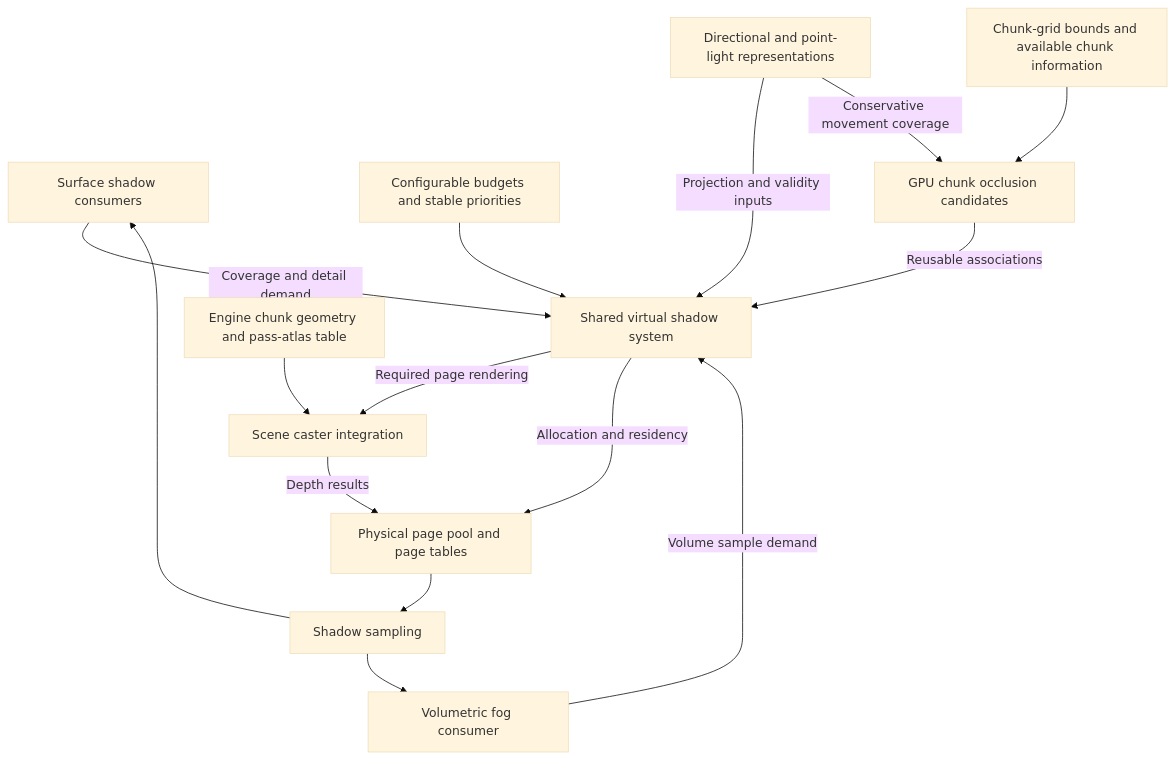
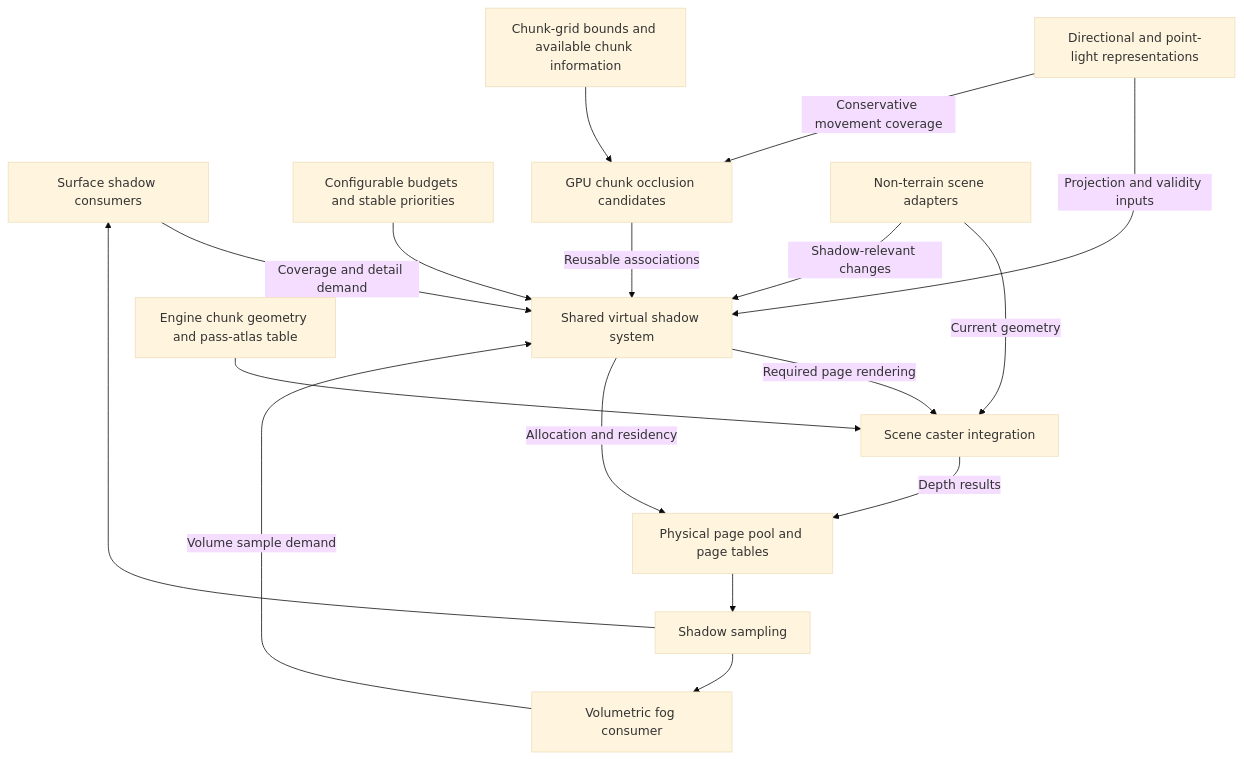
One commit to dsisco11/VanillaGraphicsExpanded changed the diagram in docs/Rendering.VirtualShadowMaps.Proposal.md. Above: the diagram before and after it, drawn with Mermaid (base theme). The commit also changed other lines of this file, not shown here.

````diff
--- a/docs/Rendering.VirtualShadowMaps.Proposal.md
+++ b/docs/Rendering.VirtualShadowMaps.Proposal.md
@@ -238,17 +242,19 @@
 ```mermaid
 flowchart TD
     Surfaces[Surface shadow consumers] -->|Coverage and detail demand| Shared[Shared virtual shadow system]
     Fog[Volumetric fog consumer] -->|Volume sample demand| Shared
     Lights[Directional and point-light representations] -->|Projection and validity inputs| Shared
     Policy[Configurable budgets and stable priorities] --> Shared
     Chunks[Chunk-grid bounds and available chunk information] --> Candidates[GPU chunk occlusion candidates]
     Lights -->|Conservative movement coverage| Candidates
     Candidates -->|Reusable associations| Shared
     Shared -->|Required page rendering| Casters[Scene caster integration]
     Engine[Engine chunk geometry and pass-atlas table] --> Casters
+    Scene[Non-terrain scene adapters] -->|Current geometry| Casters
+    Scene -->|Shadow-relevant changes| Shared
     Casters -->|Depth results| Pages[Physical page pool and page tables]
     Shared -->|Allocation and residency| Pages
     Pages --> Sampling[Shadow sampling]
     Sampling --> Surfaces
     Sampling --> Fog
 ```
````
